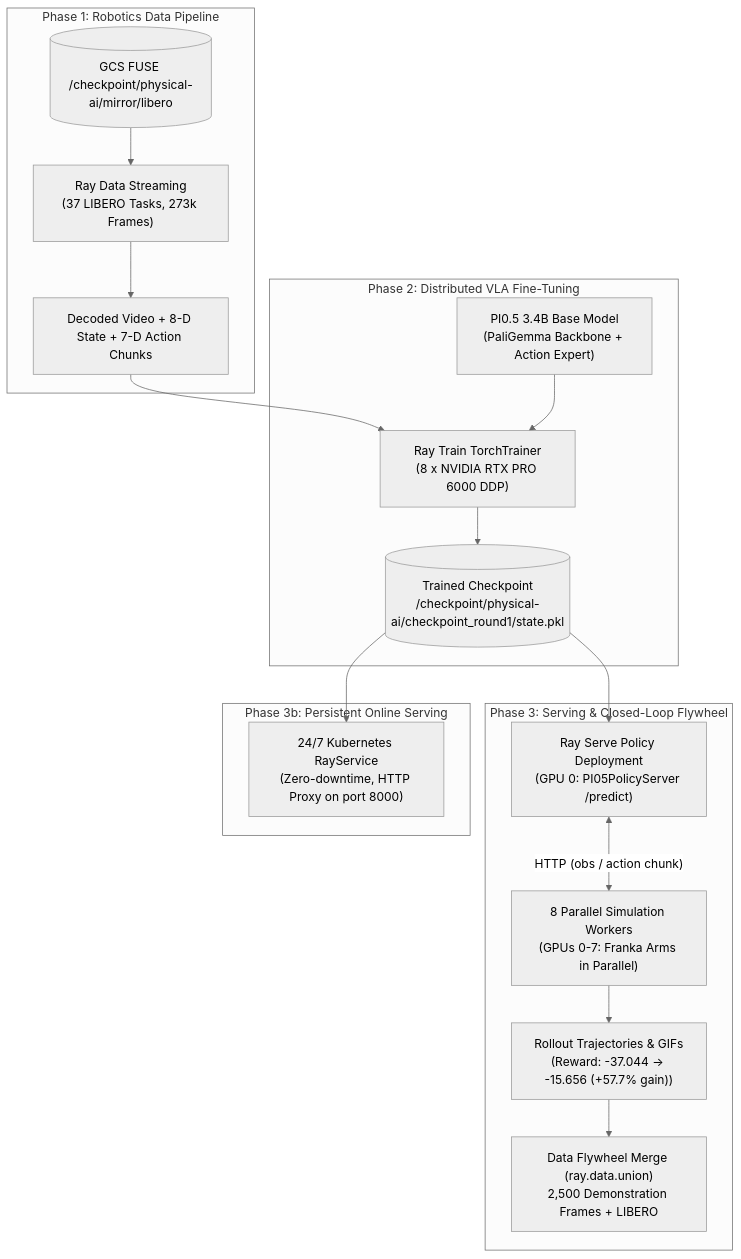
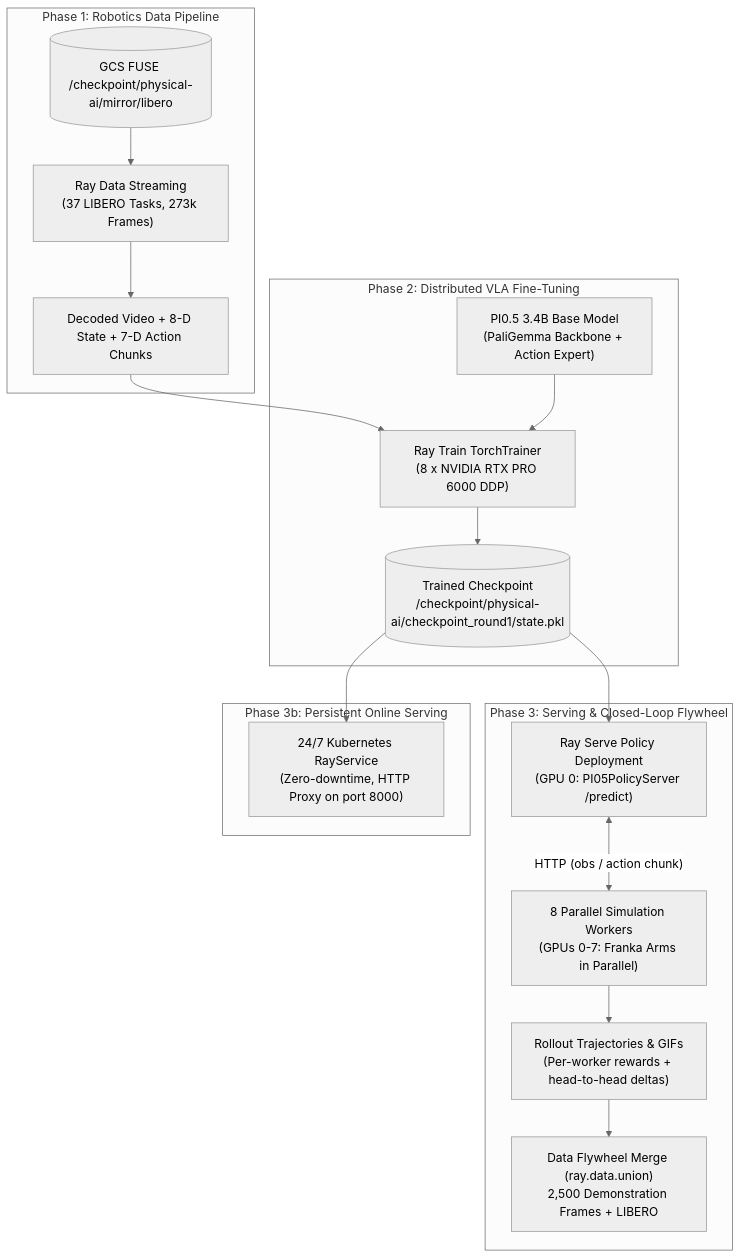
The diagram in ai-ml/physical-ai-on-gke/README.md (GoogleCloudPlatform/kubernetes-engine-samples), drawn with Mermaid (neutral theme) before and after one commit. The commit also changed other lines of this file and 48 other files, not shown here.

````diff
--- a/ai-ml/physical-ai-on-gke/README.md
+++ b/ai-ml/physical-ai-on-gke/README.md
@@ -19,24 +19,24 @@
 ```mermaid
 flowchart TD
     subgraph S1["Phase 1: Robotics Data Pipeline"]
         GCS1[("GCS FUSE /checkpoint/physical-ai/mirror/libero")] --> RD["Ray Data Streaming<br>(37 LIBERO Tasks, 273k Frames)"]
         RD --> PP["Decoded Video + 8-D State + 7-D Action Chunks"]
     end
 
     subgraph S2["Phase 2: Distributed VLA Fine-Tuning"]
         PP --> DT["Ray Train TorchTrainer<br>(8 x NVIDIA RTX PRO 6000 DDP)"]
         PI["PI0.5 3.4B Base Model<br>(PaliGemma Backbone + Action Expert)"] --> DT
         DT --> CKPT[("Trained Checkpoint<br>/checkpoint/physical-ai/checkpoint_round1/state.pkl")]
     end
 
     subgraph S3["Phase 3: Serving & Closed-Loop Flywheel"]
         CKPT --> RS["Ray Serve Policy Deployment<br>(GPU 0: PI05PolicyServer /predict)"]
         RS <-->|"HTTP (obs / action chunk)"| SIM["8 Parallel Simulation Workers<br>(GPUs 0-7: Franka Arms in Parallel)"]
-        SIM --> TRAJ["Rollout Trajectories & GIFs<br>(Reward: -37.044 -> -15.656 (+57.7% gain))"]
+        SIM --> TRAJ["Rollout Trajectories & GIFs<br>(Per-worker rewards + head-to-head deltas)"]
         TRAJ --> FW["Data Flywheel Merge (ray.data.union)<br>2,500 Demonstration Frames + LIBERO"]
     end
 
     subgraph S4["Phase 3b: Persistent Online Serving"]
         CKPT --> KS["24/7 Kubernetes RayService<br>(Zero-downtime, HTTP Proxy on port 8000)"]
     end
 ```
````
